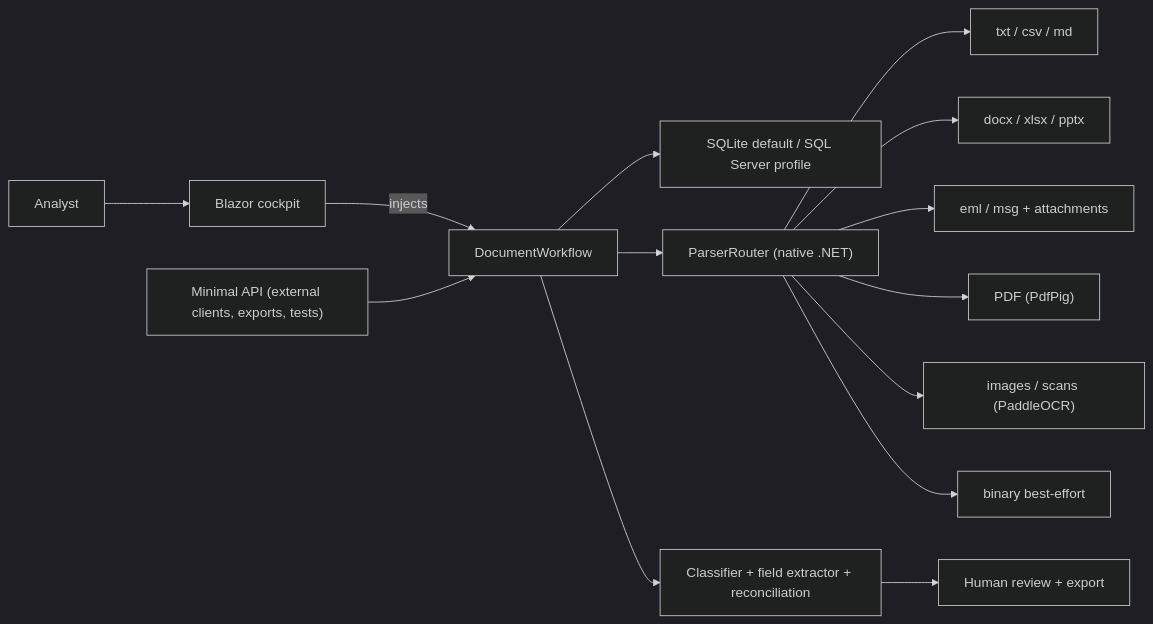
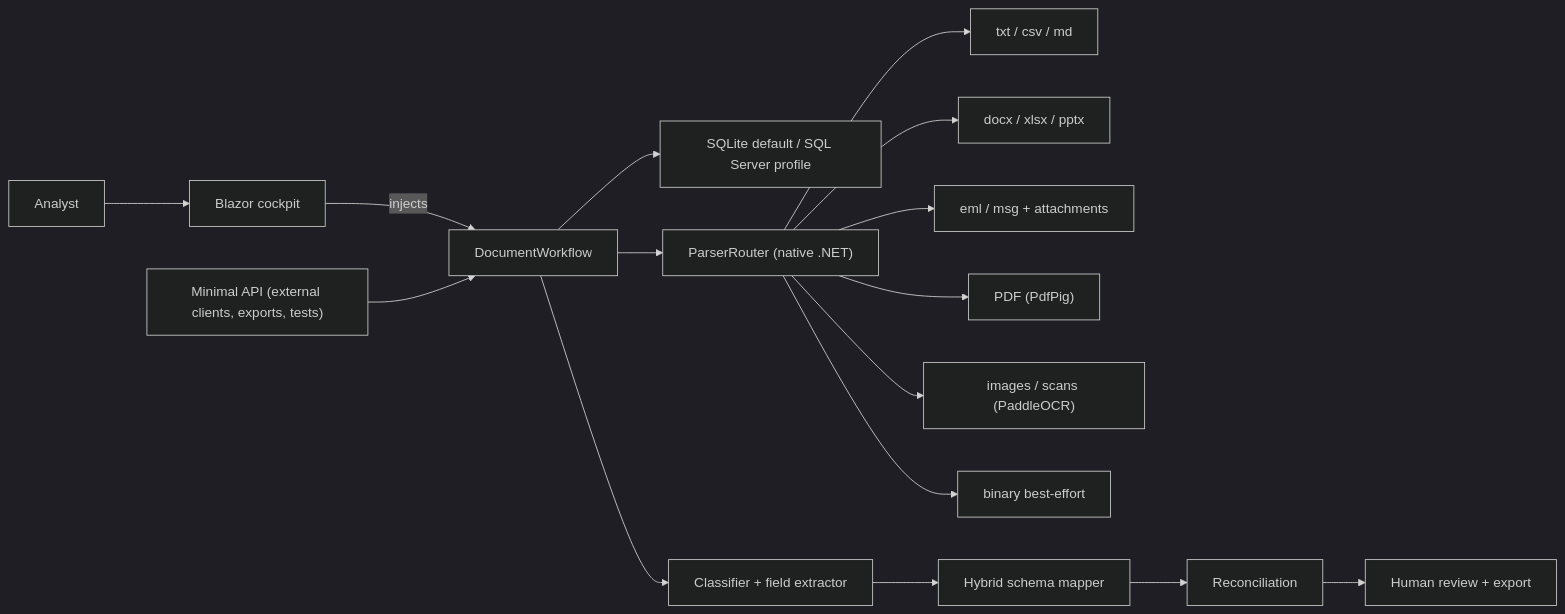
Before and after one commit to xt0n1-t3ch/Reva: the diagram in docs/architecture.md, drawn with Mermaid (dark theme). The commit also changed other lines of this file and 20 other files, not shown here.

Commit message:
feat(schema): learn sender-specific mappings (#40)

````diff
--- a/docs/architecture.md
+++ b/docs/architecture.md
@@ -10,16 +11,18 @@
 ```mermaid
 flowchart LR
   Analyst["Analyst"] --> UI["Blazor cockpit"]
   UI -->|injects| Workflow["DocumentWorkflow"]
   API["Minimal API (external clients, exports, tests)"] --> Workflow
   Workflow --> Store["SQLite default / SQL Server profile"]
   Workflow --> Router["ParserRouter (native .NET)"]
   Router --> Text["txt / csv / md"]
   Router --> Office["docx / xlsx / pptx"]
   Router --> Email["eml / msg + attachments"]
   Router --> Pdf["PDF (PdfPig)"]
   Router --> Ocr["images / scans (PaddleOCR)"]
   Router --> Fallback["binary best-effort"]
-  Workflow --> Extractor["Classifier + field extractor + reconciliation"]
-  Extractor --> Review["Human review + export"]
+  Workflow --> Extractor["Classifier + field extractor"]
+  Extractor --> Mapper["Hybrid schema mapper"]
+  Mapper --> Reconcile["Reconciliation"]
+  Reconcile --> Review["Human review + export"]
 ```
````
